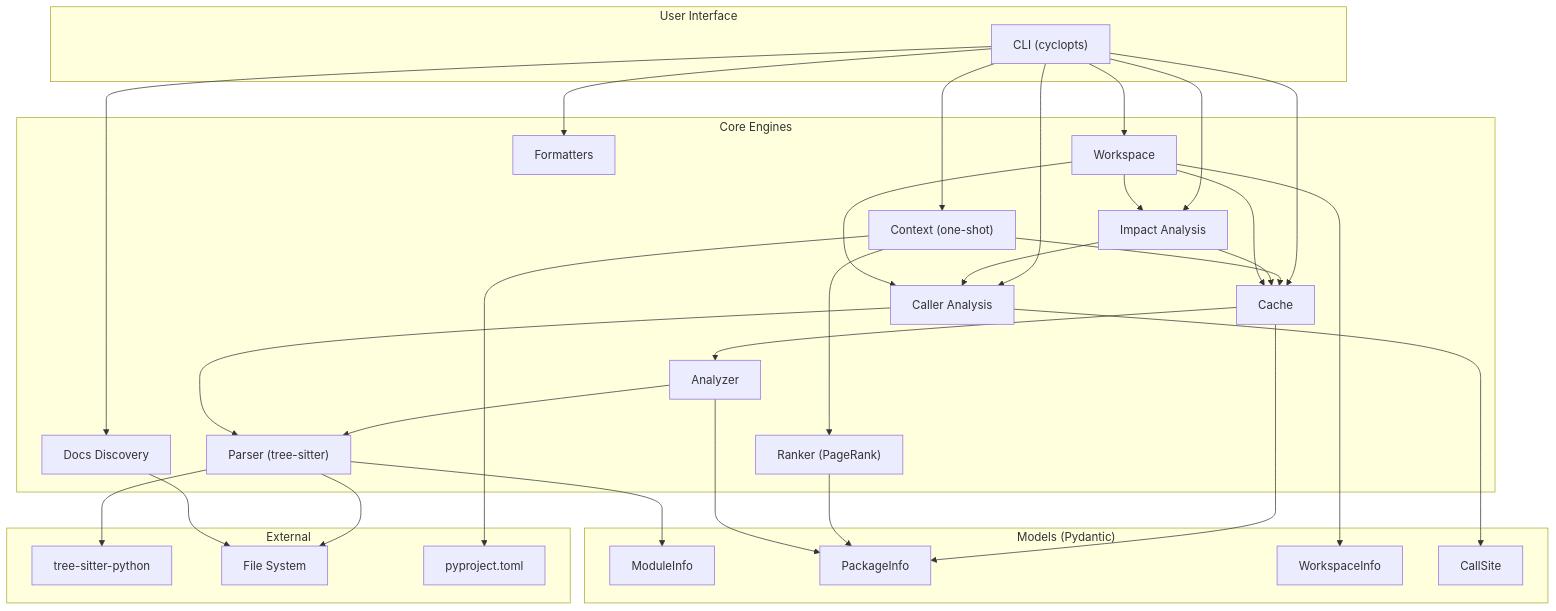
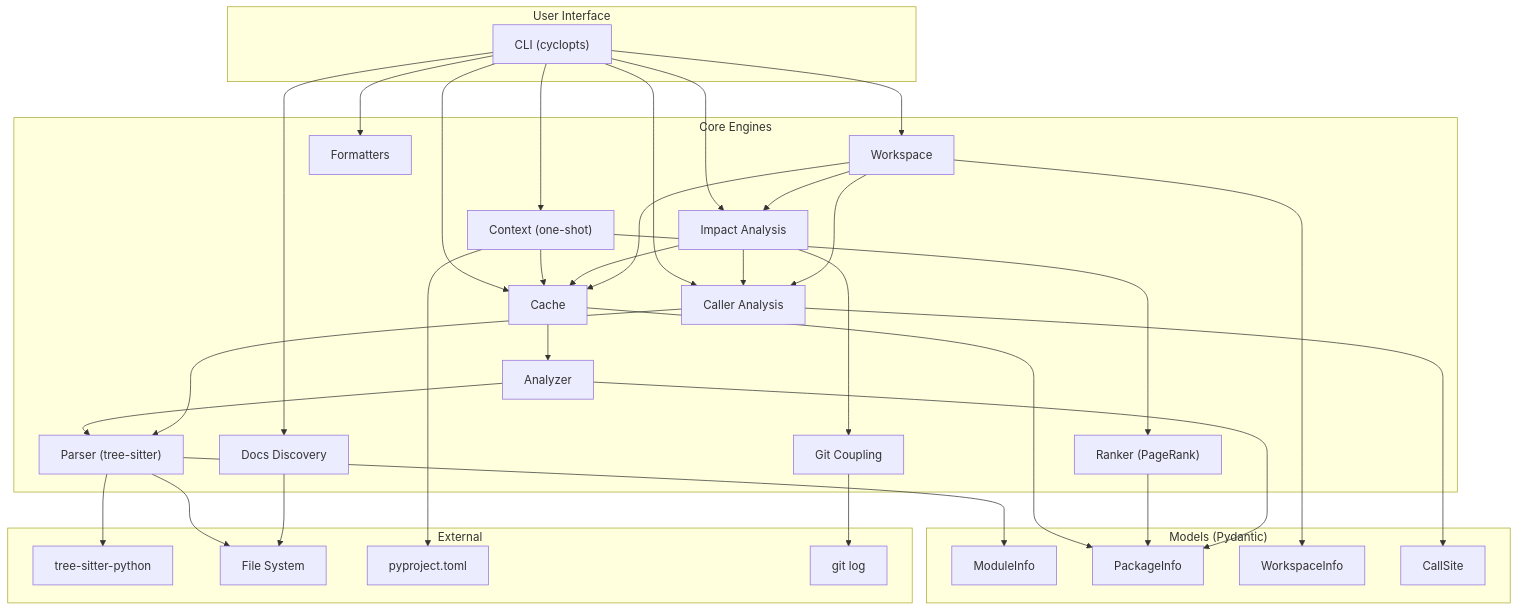
One commit to axm-protocols/axm-forge changed the diagram in docs/explanation/architecture.md. Above: the diagram before and after it, drawn with Mermaid. The commit also changed other lines of this file and 2 other files, not shown here.

First line of the commit message:
docs: document git change coupling in impact analysis

````diff
--- a/docs/explanation/architecture.md
+++ b/docs/explanation/architecture.md
@@ -7,60 +7,64 @@
 ```mermaid
 graph TD
     subgraph "User Interface"
         CLI["CLI (cyclopts)"]
     end
 
     subgraph "Core Engines"
         Parser["Parser (tree-sitter)"]
         Analyzer["Analyzer"]
         Cache["Cache"]
         Ranker["Ranker (PageRank)"]
         Callers["Caller Analysis"]
         Context["Context (one-shot)"]
         Impact["Impact Analysis"]
+        GitCoupling["Git Coupling"]
         Workspace["Workspace"]
         Docs["Docs Discovery"]
         Formatters["Formatters"]
     end
 
     subgraph "Models (Pydantic)"
         ModuleInfo["ModuleInfo"]
         PackageInfo["PackageInfo"]
         WorkspaceInfo["WorkspaceInfo"]
         CallSite["CallSite"]
     end
 
     subgraph "External"
         TreeSitter["tree-sitter-python"]
         FS["File System"]
         PyProject["pyproject.toml"]
+        Git["git log"]
     end
 
     CLI --> Cache
     CLI --> Context
     CLI --> Impact
     CLI --> Callers
     CLI --> Formatters
     Cache --> Analyzer
     Cache --> PackageInfo
     Analyzer --> Parser
     Ranker --> PackageInfo
     Callers --> Parser
     Context --> Cache
     Context --> Ranker
     Impact --> Callers
     Impact --> Cache
+    Impact --> GitCoupling
+    GitCoupling --> Git
     Parser --> TreeSitter
     Parser --> FS
     Parser --> ModuleInfo
     Analyzer --> PackageInfo
     Callers --> CallSite
     Context --> PyProject
     CLI --> Docs
     CLI --> Workspace
     Workspace --> Cache
     Workspace --> Callers
     Workspace --> Impact
     Workspace --> WorkspaceInfo
     Docs --> FS
 ```
````
